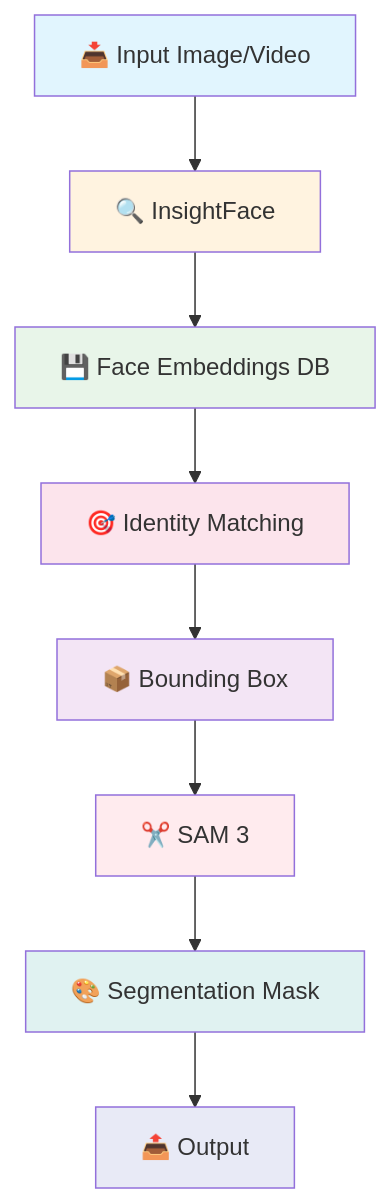
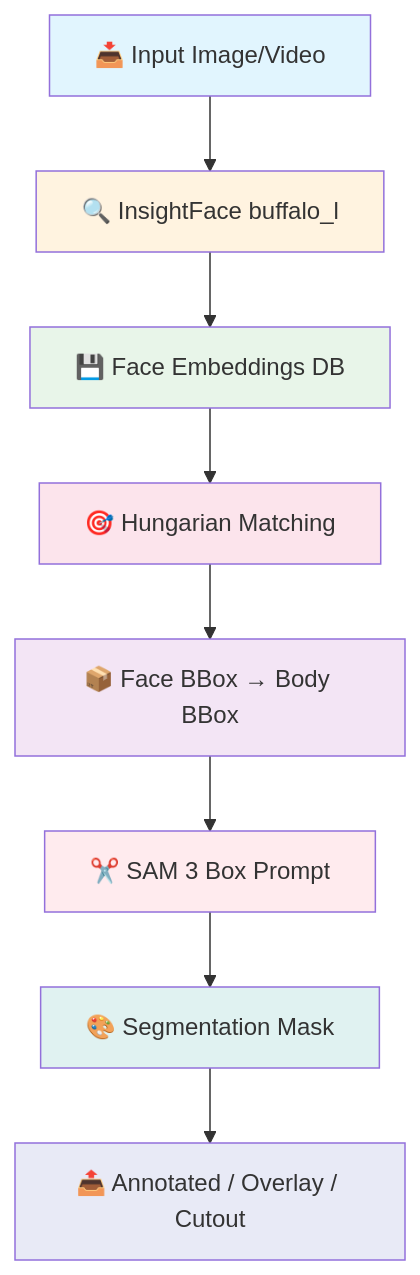
The first of 2 diagrams in README.md (68076012/SEGMENTATION_IVE), drawn with Mermaid before and after one commit. The commit also changed other lines of this file and 6 other files, not shown here.

First line of the commit message:
feat: working member segmentation with SAM3 + InsightFace

````diff
--- a/README.md
+++ b/README.md
@@ -72,19 +71,19 @@
 ```mermaid
 graph TD
-    A[📥 Input Image/Video] --> B[🔍 InsightFace]
+    A[📥 Input Image/Video] --> B[🔍 InsightFace buffalo_l]
     B --> C[💾 Face Embeddings DB]
-    C --> D[🎯 Identity Matching]
-    D --> E[📦 Bounding Box]
-    E --> F[✂️ SAM 3]
+    C --> D[🎯 Hungarian Matching]
+    D --> E[📦 Face BBox → Body BBox]
+    E --> F[✂️ SAM 3 Box Prompt]
     F --> G[🎨 Segmentation Mask]
-    G --> H[📤 Output]
-    
+    G --> H[📤 Annotated / Overlay / Cutout]
+
     style A fill:#e1f5fe
     style B fill:#fff3e0
     style C fill:#e8f5e9
     style D fill:#fce4ec
     style E fill:#f3e5f5
     style F fill:#ffebee
     style G fill:#e0f2f1
     style H fill:#e8eaf6
 ```
````
